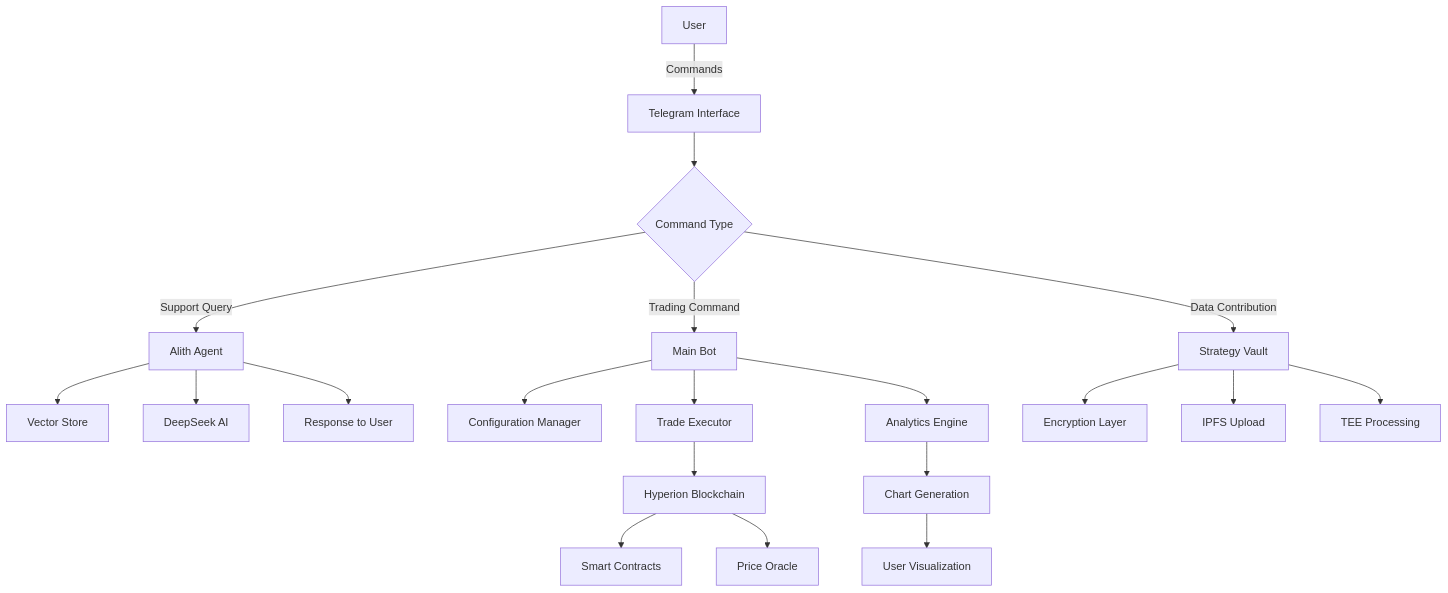
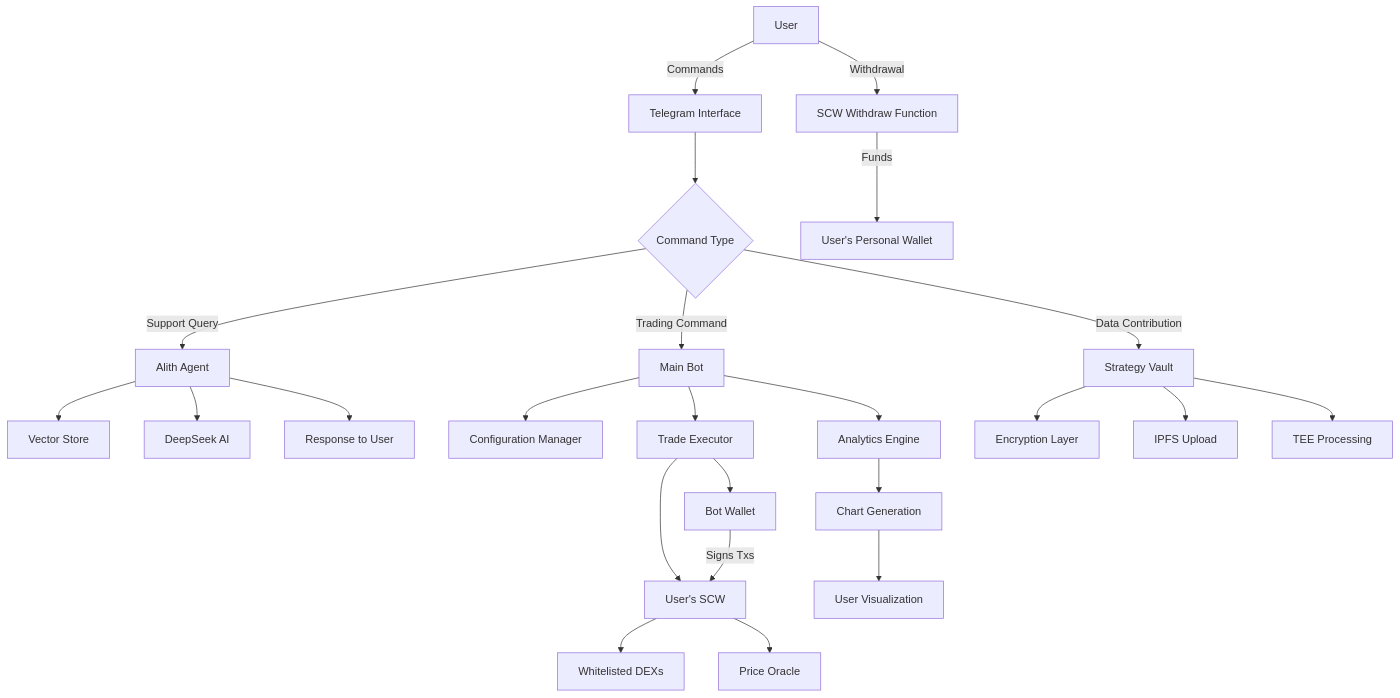
Before and after one commit to SmartOnStuff/LazaiTrader: the diagram in README.md, drawn with Mermaid. The commit also changed other lines of this file, not shown here.

````diff
--- a/README.md
+++ b/README.md
@@ -110,27 +130,33 @@
 ```mermaid
 graph TD
     A[User] -->|Commands| B[Telegram Interface]
     B --> C{Command Type}
     
     C -->|Support Query| D[Alith Agent]
     D --> E[Vector Store]
     D --> F[DeepSeek AI]
     D --> G[Response to User]
     
     C -->|Trading Command| H[Main Bot]
     H --> I[Configuration Manager]
     H --> J[Trade Executor]
     H --> K[Analytics Engine]
     
     C -->|Data Contribution| L[Strategy Vault]
     L --> M[Encryption Layer]
     L --> N[IPFS Upload]
     L --> O[TEE Processing]
     
-    J --> P[Hyperion Blockchain]
-    P --> Q[Smart Contracts]
+    J --> P[User's SCW]
+    P --> Q[Whitelisted DEXs]
     P --> R[Price Oracle]
     
-    K --> S[Chart Generation]
-    S --> T[User Visualization]
+    J --> S[Bot Wallet]
+    S -->|Signs Txs| P
+    
+    K --> T[Chart Generation]
+    T --> U[User Visualization]
+    
+    A -->|Withdrawal| V[SCW Withdraw Function]
+    V -->|Funds| W[User's Personal Wallet]
 ```
````
